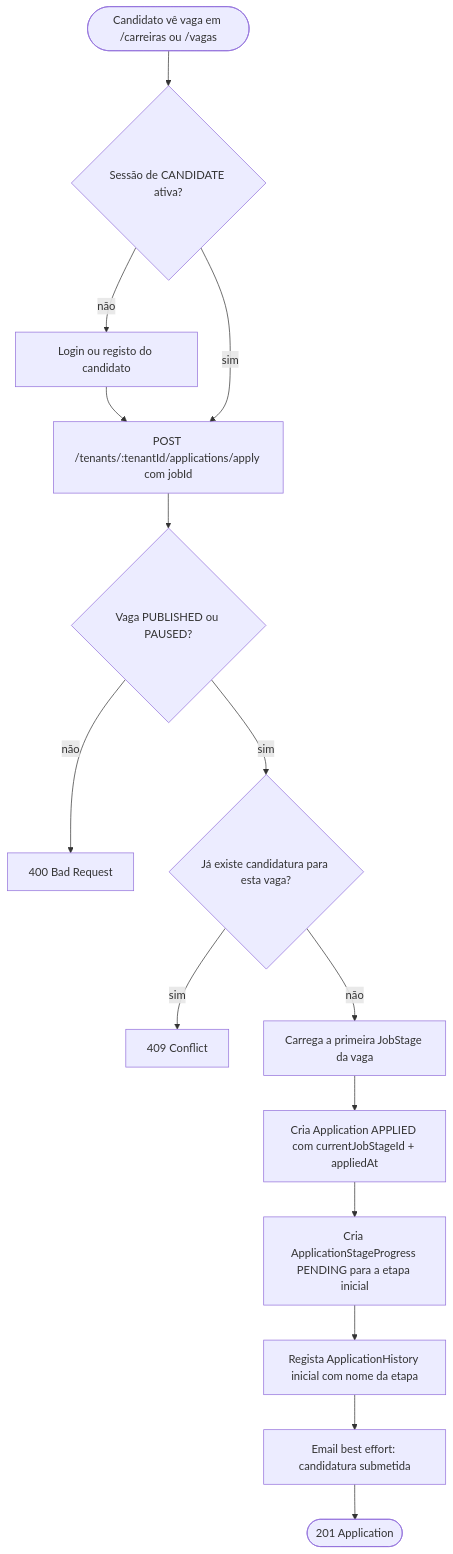
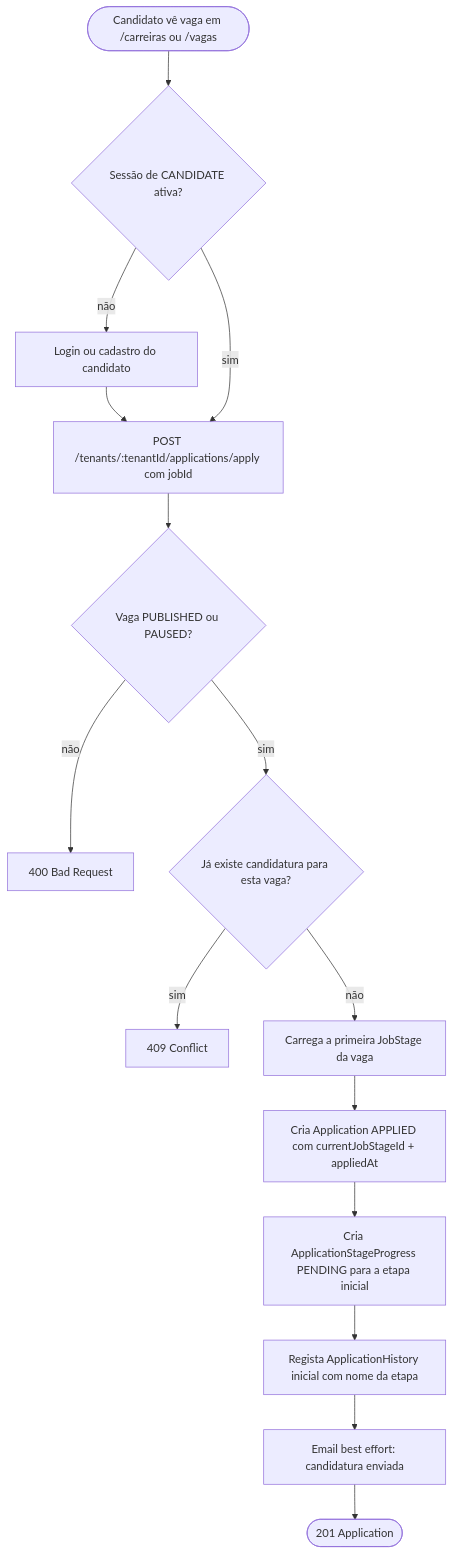
One commit to AndreXime/deploy-talent changed the sixth of 13 diagrams in FLUXOS.md. Above: the diagram before and after it, drawn with Mermaid. The commit also changed other lines of this file and 49 other files, not shown here.

````diff
--- a/FLUXOS.md
+++ b/FLUXOS.md
@@ -112,17 +112,17 @@
 ```mermaid
 flowchart TD
     browse([Candidato vê vaga em /carreiras ou /vagas]) --> session{Sessão de CANDIDATE ativa?}
-    session -- não --> auth[Login ou registo do candidato]
+    session -- não --> auth[Login ou cadastro do candidato]
     auth --> apply
     session -- sim --> apply[POST /tenants/:tenantId/applications/apply com jobId]
     apply --> jobOk{Vaga PUBLISHED ou PAUSED?}
     jobOk -- não --> err400[400 Bad Request]
     jobOk -- sim --> dup{Já existe candidatura para esta vaga?}
     dup -- sim --> err409[409 Conflict]
     dup -- não --> firstStage[Carrega a primeira JobStage da vaga]
     firstStage --> create[Cria Application APPLIED com currentJobStageId + appliedAt]
     create --> progress[Cria ApplicationStageProgress PENDING para a etapa inicial]
     progress --> history[Regista ApplicationHistory inicial com nome da etapa]
-    history --> notify[Email best effort: candidatura submetida]
+    history --> notify[Email best effort: candidatura enviada]
     notify --> done([201 Application])
 ```
````
